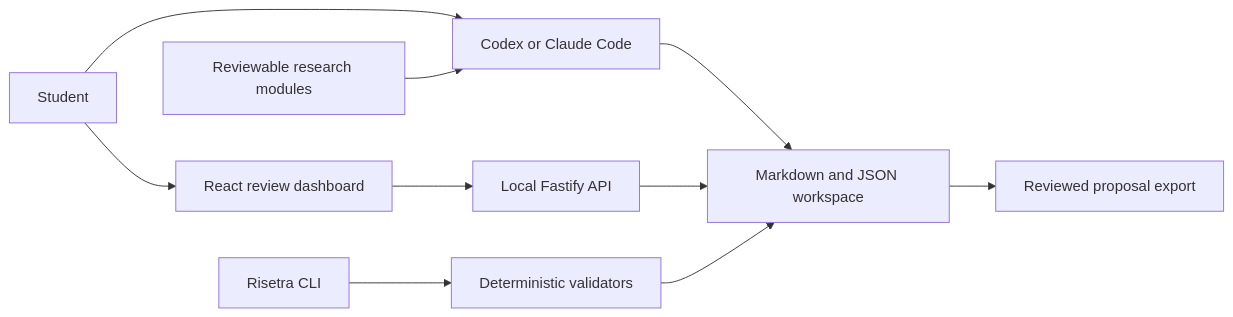
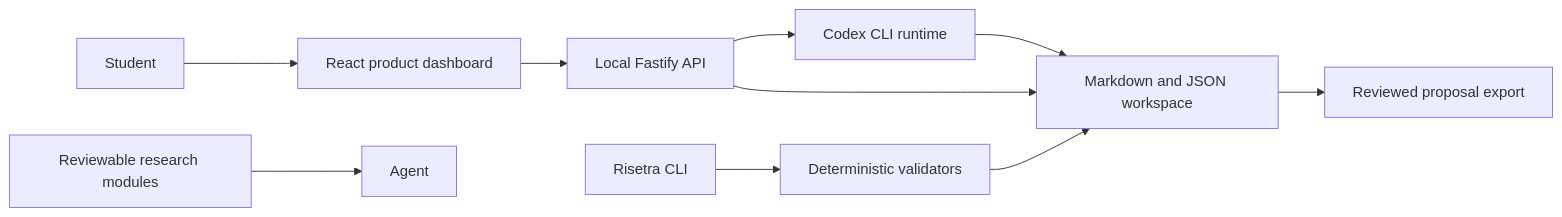
Before and after one commit to abiekaputra/risetra: the diagram in README.md, drawn with Mermaid. The commit also changed other lines of this file and 53 other files, not shown here.

````diff
--- a/README.md
+++ b/README.md
@@ -93,12 +112,12 @@
 ```mermaid
 flowchart LR
-  Student[Student] --> Agent[Codex or Claude Code]
-  Student --> Dashboard[React review dashboard]
-  Agent --> Files[Markdown and JSON workspace]
+  Student[Student] --> Dashboard[React product dashboard]
   Dashboard --> API[Local Fastify API]
+  API --> Runtime[Codex CLI runtime]
+  Runtime --> Files[Markdown and JSON workspace]
   API --> Files
   CLI[Risetra CLI] --> Validator[Deterministic validators]
   Validator --> Files
   Modules[Reviewable research modules] --> Agent
   Files --> Export[Reviewed proposal export]
 ```
````
